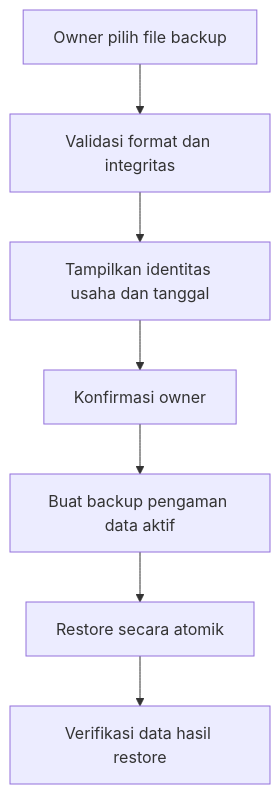
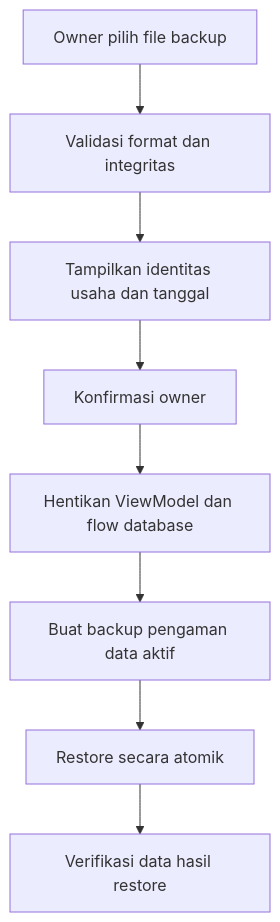
Before and after one commit to Luciansvon/APK-POS-CatatToko: the third of 3 diagrams in docs/ARCHITECTURE.md, drawn with Mermaid. The commit also changed other lines of this file and 35 other files, not shown here.

````diff
--- a/docs/ARCHITECTURE.md
+++ b/docs/ARCHITECTURE.md
@@ -344,9 +345,10 @@
 ```mermaid
 flowchart TD
     F["Owner pilih file backup"] --> V["Validasi format dan integritas"]
     V --> I["Tampilkan identitas usaha dan tanggal"]
     I --> C["Konfirmasi owner"]
-    C --> P["Buat backup pengaman data aktif"]
+    C --> S["Hentikan ViewModel dan flow database"]
+    S --> P["Buat backup pengaman data aktif"]
     P --> R["Restore secara atomik"]
     R --> T["Verifikasi data hasil restore"]
 ```
````
